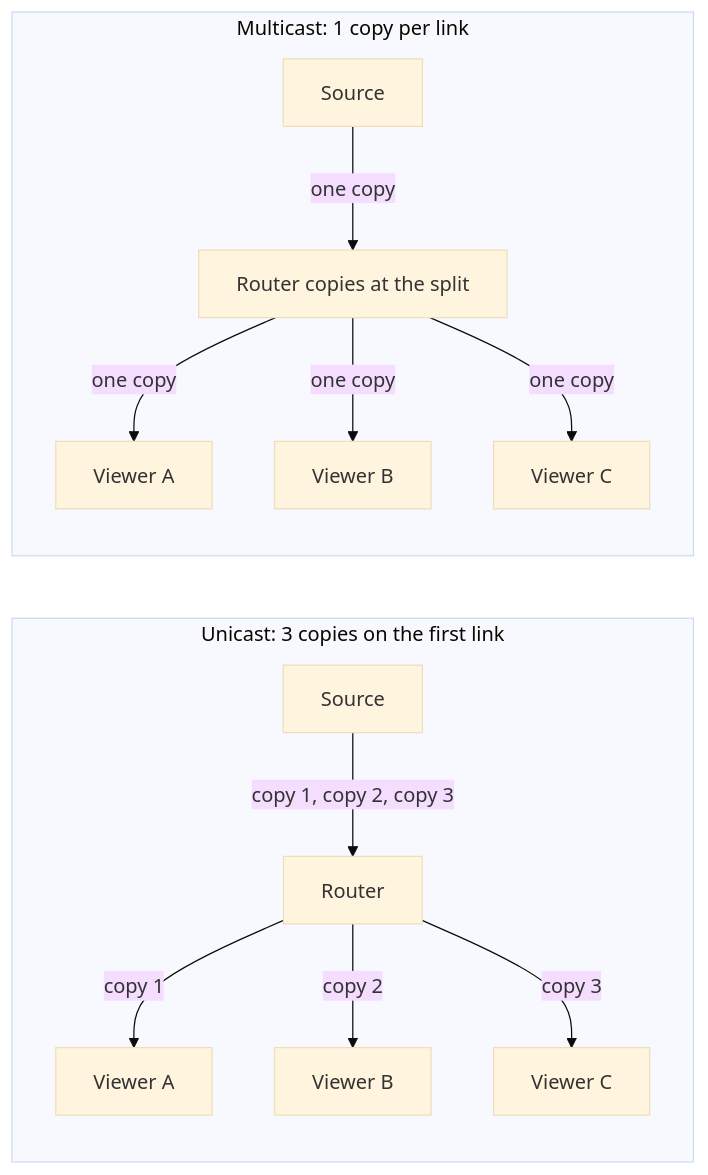
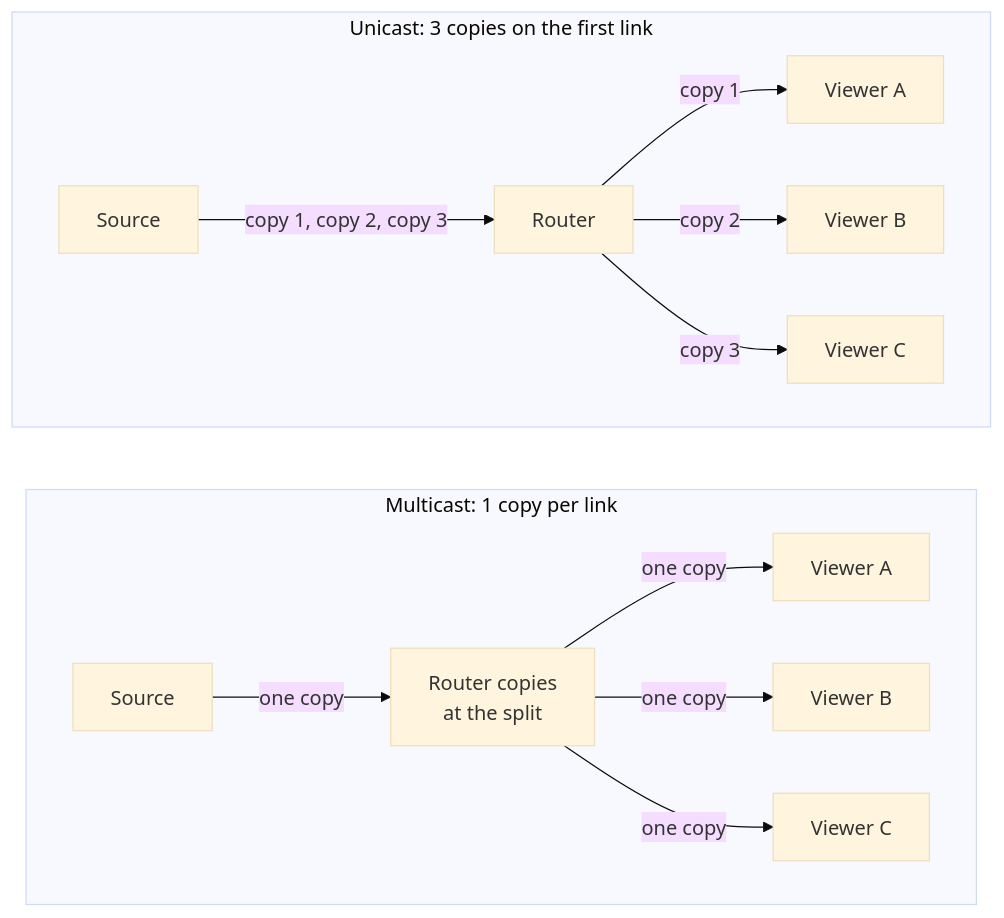
One commit to FahimMashroor/Chalmers_CSC changed diagram 16 of 37 in EDA387-Computer-Networks/03-IPv6.md. Above: the diagram before and after it, drawn with Mermaid (base theme). The commit also changed other lines of this file, not shown here.

Commit message:
Rewrite 03 IPv6 in simple language with examples and diagrams

````diff
--- a/EDA387-Computer-Networks/03-IPv6.md
+++ b/EDA387-Computer-Networks/03-IPv6.md
@@ -525,15 +755,18 @@
 ```mermaid
-flowchart LR
+flowchart TB
   subgraph uni["Unicast: 3 copies on the first link"]
+    direction LR
     S1["Source"] -->|"copy 1, copy 2, copy 3"| R1["Router"]
     R1 -->|"copy 1"| A1["Viewer A"]
     R1 -->|"copy 2"| B1["Viewer B"]
     R1 -->|"copy 3"| C1["Viewer C"]
   end
   subgraph multi["Multicast: 1 copy per link"]
-    S2["Source"] -->|"one copy"| R2["Router copies at the split"]
+    direction LR
+    S2["Source"] -->|"one copy"| R2["Router copies<br/>at the split"]
     R2 -->|"one copy"| A2["Viewer A"]
     R2 -->|"one copy"| B2["Viewer B"]
     R2 -->|"one copy"| C2["Viewer C"]
   end
+  uni ~~~ multi
 ```
````
